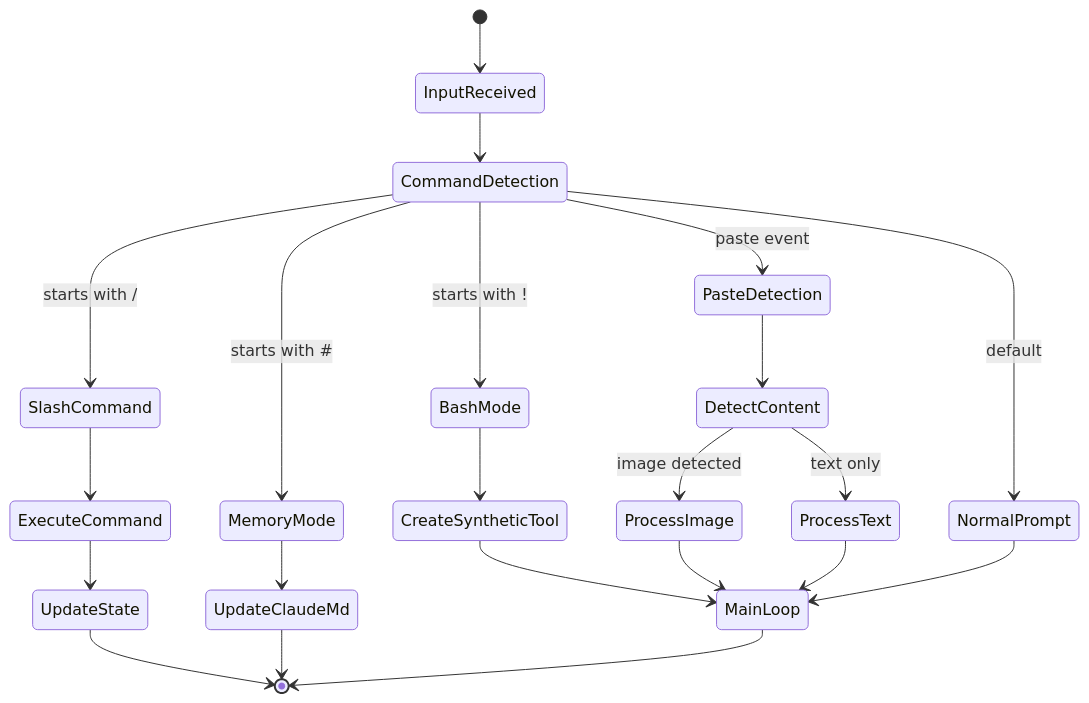
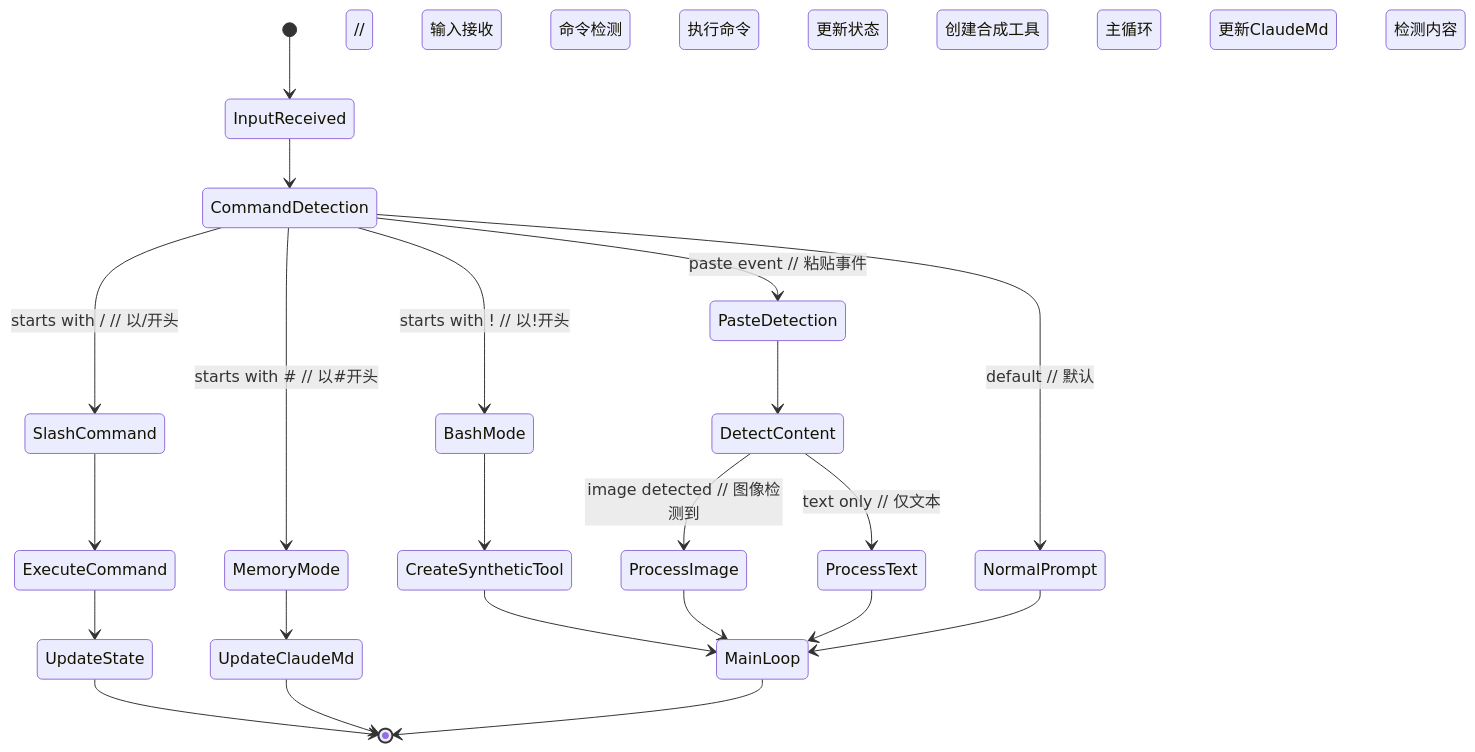
One commit to hanshuang-ai/BLOG changed the third of 4 diagrams in source/_posts/claude-code控制流与编排引擎.md. Above: the diagram before and after it, drawn with Mermaid. The commit also changed other lines of this file and 10 other files, not shown here.

````diff
--- a/source/_posts/claude-code控制流与编排引擎.md
+++ b/source/_posts/claude-code控制流与编排引擎.md
@@ -575,31 +641,31 @@
 ```mermaid
 stateDiagram-v2
-    [*] --> InputReceived
-    InputReceived --> CommandDetection
+    [*] --> InputReceived // 输入接收
+    InputReceived --> CommandDetection // 命令检测
 
-    CommandDetection --> SlashCommand: starts with /
-    CommandDetection --> BashMode: starts with !
-    CommandDetection --> MemoryMode: starts with #
-    CommandDetection --> PasteDetection: paste event
-    CommandDetection --> NormalPrompt: default
+    CommandDetection --> SlashCommand: starts with / // 以/开头
+    CommandDetection --> BashMode: starts with ! // 以!开头
+    CommandDetection --> MemoryMode: starts with # // 以#开头
+    CommandDetection --> PasteDetection: paste event // 粘贴事件
+    CommandDetection --> NormalPrompt: default // 默认
 
-    SlashCommand --> ExecuteCommand
-    ExecuteCommand --> UpdateState
+    SlashCommand --> ExecuteCommand // 执行命令
+    ExecuteCommand --> UpdateState // 更新状态
     UpdateState --> [*]
 
-    BashMode --> CreateSyntheticTool
-    CreateSyntheticTool --> MainLoop
+    BashMode --> CreateSyntheticTool // 创建合成工具
+    CreateSyntheticTool --> MainLoop // 主循环
 
-    MemoryMode --> UpdateClaudeMd
+    MemoryMode --> UpdateClaudeMd // 更新ClaudeMd
     UpdateClaudeMd --> [*]
 
-    PasteDetection --> DetectContent
-    DetectContent --> ProcessImage: image detected
-    DetectContent --> ProcessText: text only
+    PasteDetection --> DetectContent // 检测内容
+    DetectContent --> ProcessImage: image detected // 图像检测到
+    DetectContent --> ProcessText: text only // 仅文本
     ProcessImage --> MainLoop
     ProcessText --> MainLoop
 
     NormalPrompt --> MainLoop
     MainLoop --> [*]
 
 ```
````
